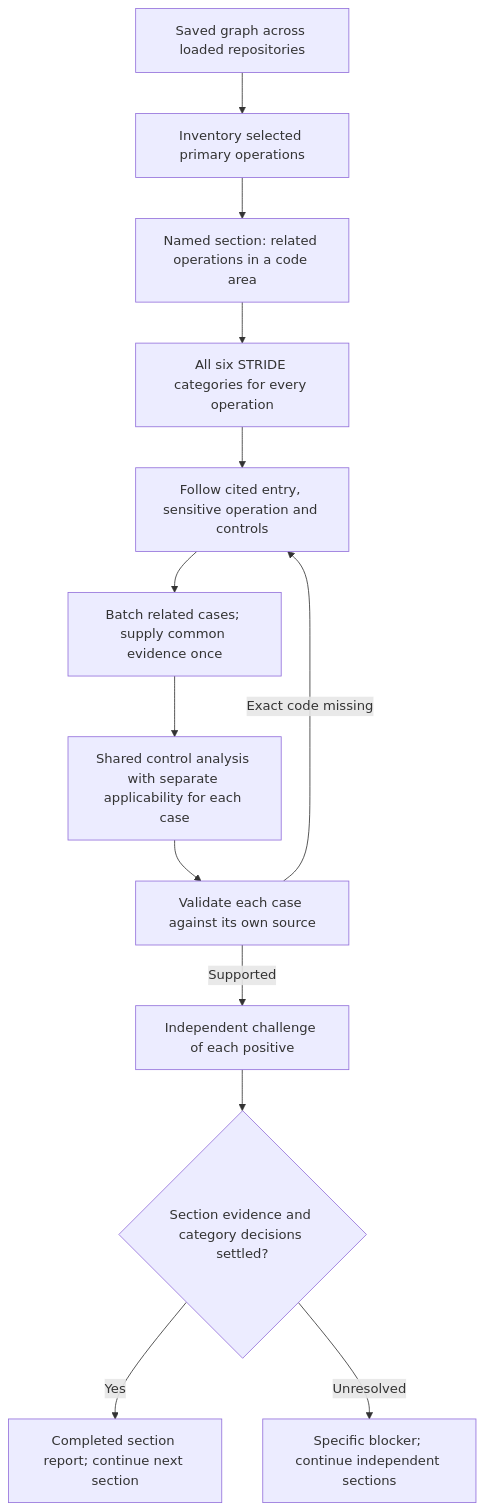
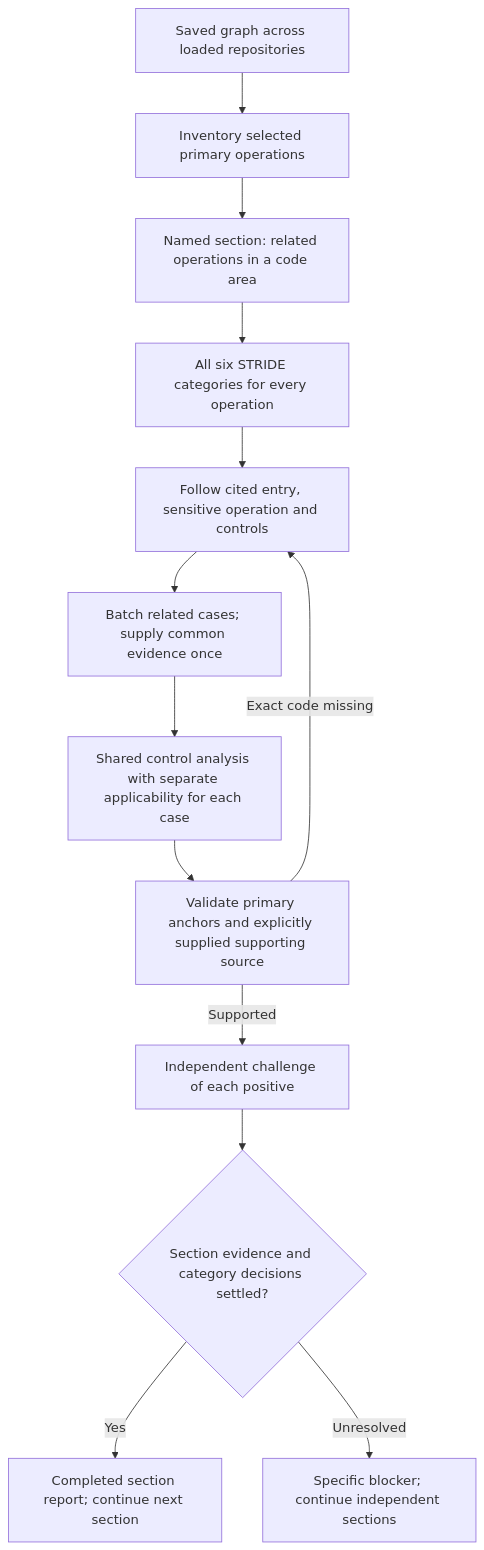
The diagram in docs/design/section-threat-batching.md (UnitOneAI/Synthesis), drawn with Mermaid before and after one commit. The commit also changed other lines of this file and 6 other files, not shown here.

Commit message:
Keep case entry anchors while sharing verified supporting source

````diff
--- a/docs/design/section-threat-batching.md
+++ b/docs/design/section-threat-batching.md
@@ -35,15 +35,15 @@
 ```mermaid
 flowchart TD
     G[Saved graph across loaded repositories] --> I[Inventory selected primary operations]
     I --> S[Named section: related operations in a code area]
     S --> C[All six STRIDE categories for every operation]
     C --> P[Follow cited entry, sensitive operation and controls]
     P --> B[Batch related cases; supply common evidence once]
     B --> A[Shared control analysis with separate applicability for each case]
-    A --> V[Validate each case against its own source]
+    A --> V[Validate primary anchors and explicitly supplied supporting source]
     V -->|Supported| X[Independent challenge of each positive]
     V -->|Exact code missing| P
     X --> D{Section evidence and category decisions settled?}
     D -->|Yes| R[Completed section report; continue next section]
     D -->|Unresolved| Q[Specific blocker; continue independent sections]
 ```
````
